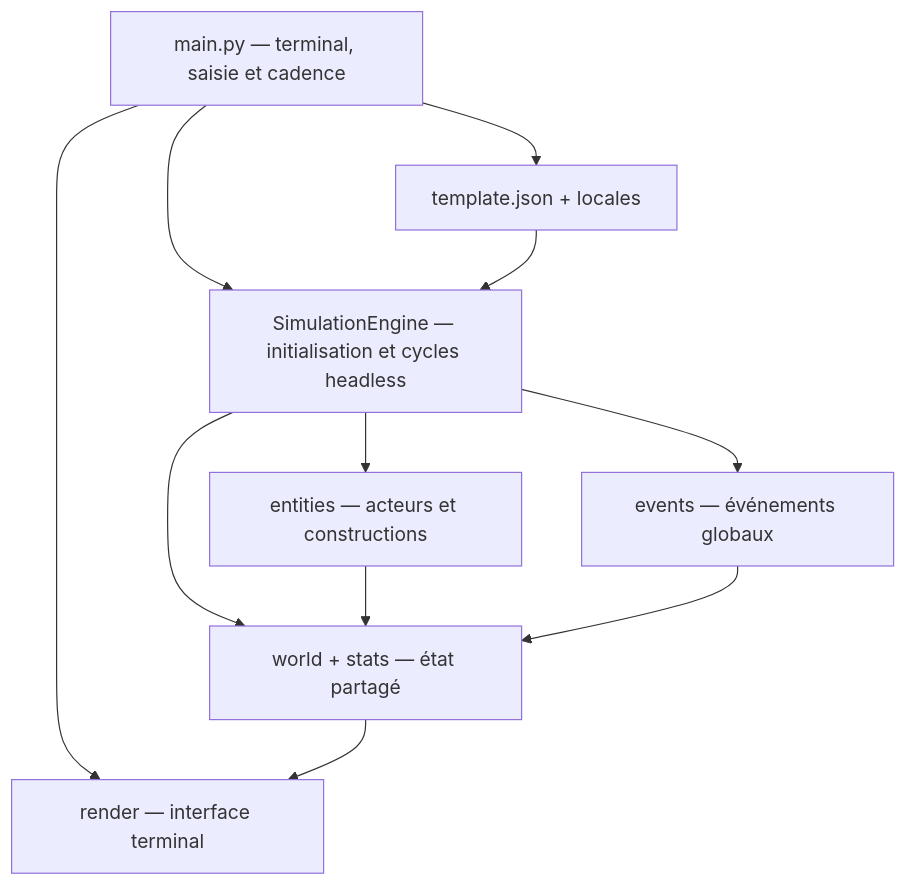
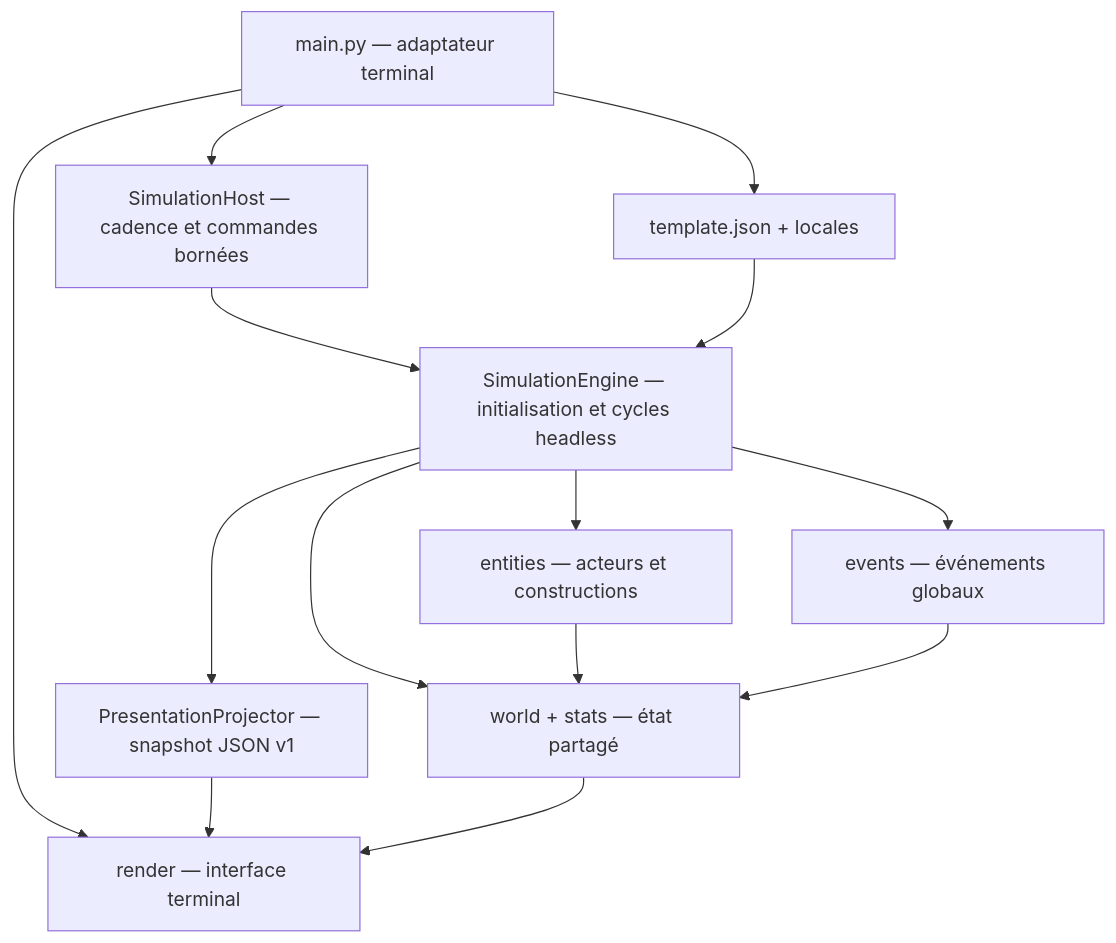
Before and after one commit to Drwhy/chartographist: the diagram in REFERENTIEL_PROJET.md, drawn with Mermaid. The commit also changed other lines of this file and 79 other files, not shown here.

````diff
--- a/REFERENTIEL_PROJET.md
+++ b/REFERENTIEL_PROJET.md
@@ -15,13 +15,16 @@
 ```mermaid
 flowchart TD
-    CLI["main.py — terminal, saisie et cadence"] --> CFG["template.json + locales"]
-    CLI --> ENGINE["SimulationEngine — initialisation et cycles headless"]
+    CLI["main.py — adaptateur terminal"] --> CFG["template.json + locales"]
+    CLI --> HOST["SimulationHost — cadence et commandes bornées"]
+    HOST --> ENGINE["SimulationEngine — initialisation et cycles headless"]
     CFG --> ENGINE
+    ENGINE --> PROJECTOR["PresentationProjector — snapshot JSON v1"]
     ENGINE --> WORLD["world + stats — état partagé"]
     ENGINE --> ENT["entities — acteurs et constructions"]
     ENGINE --> EVT["events — événements globaux"]
     ENT --> WORLD
     EVT --> WORLD
     CLI --> UI["render — interface terminal"]
+    PROJECTOR --> UI
     WORLD --> UI
 ```
````
